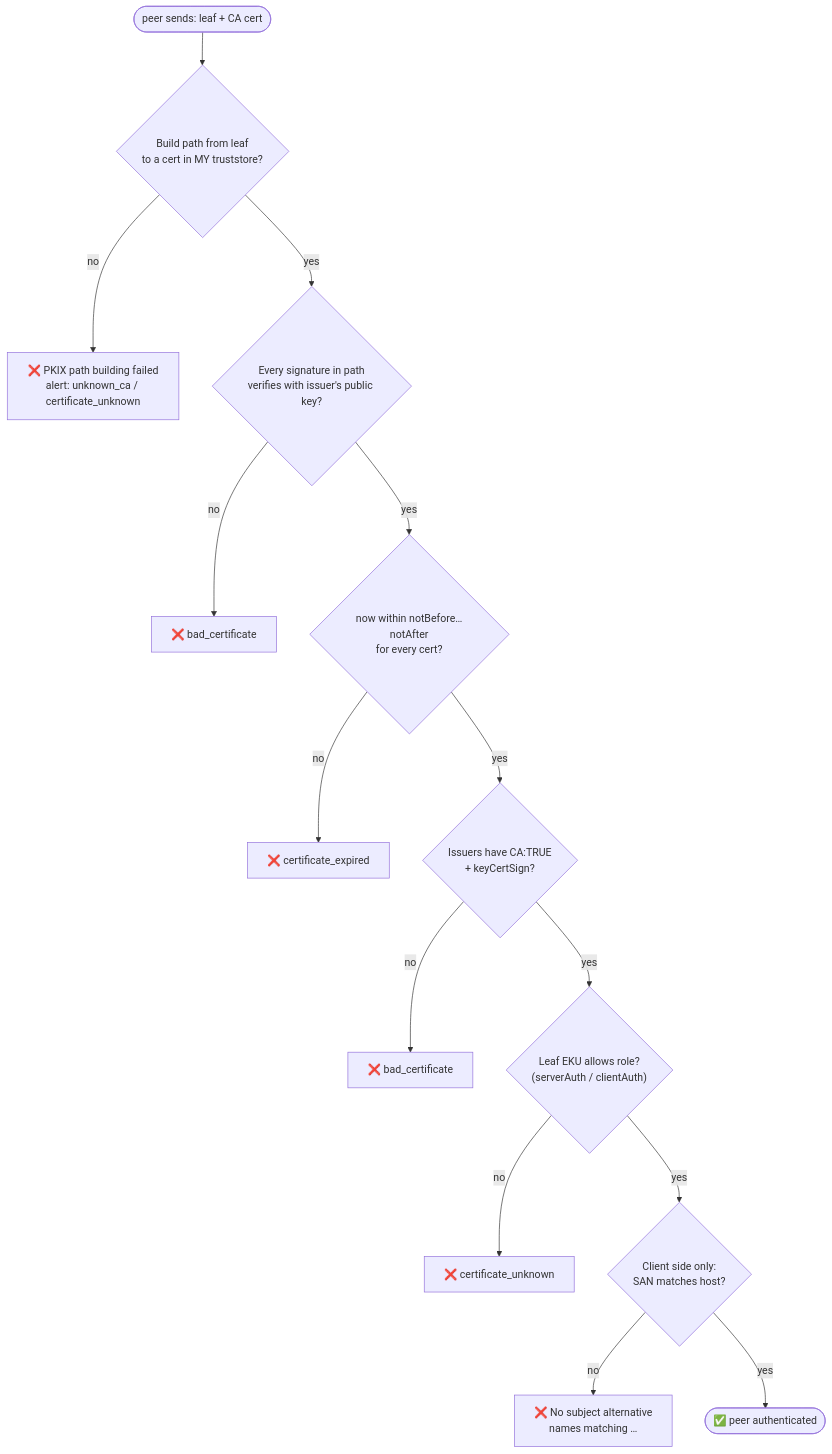
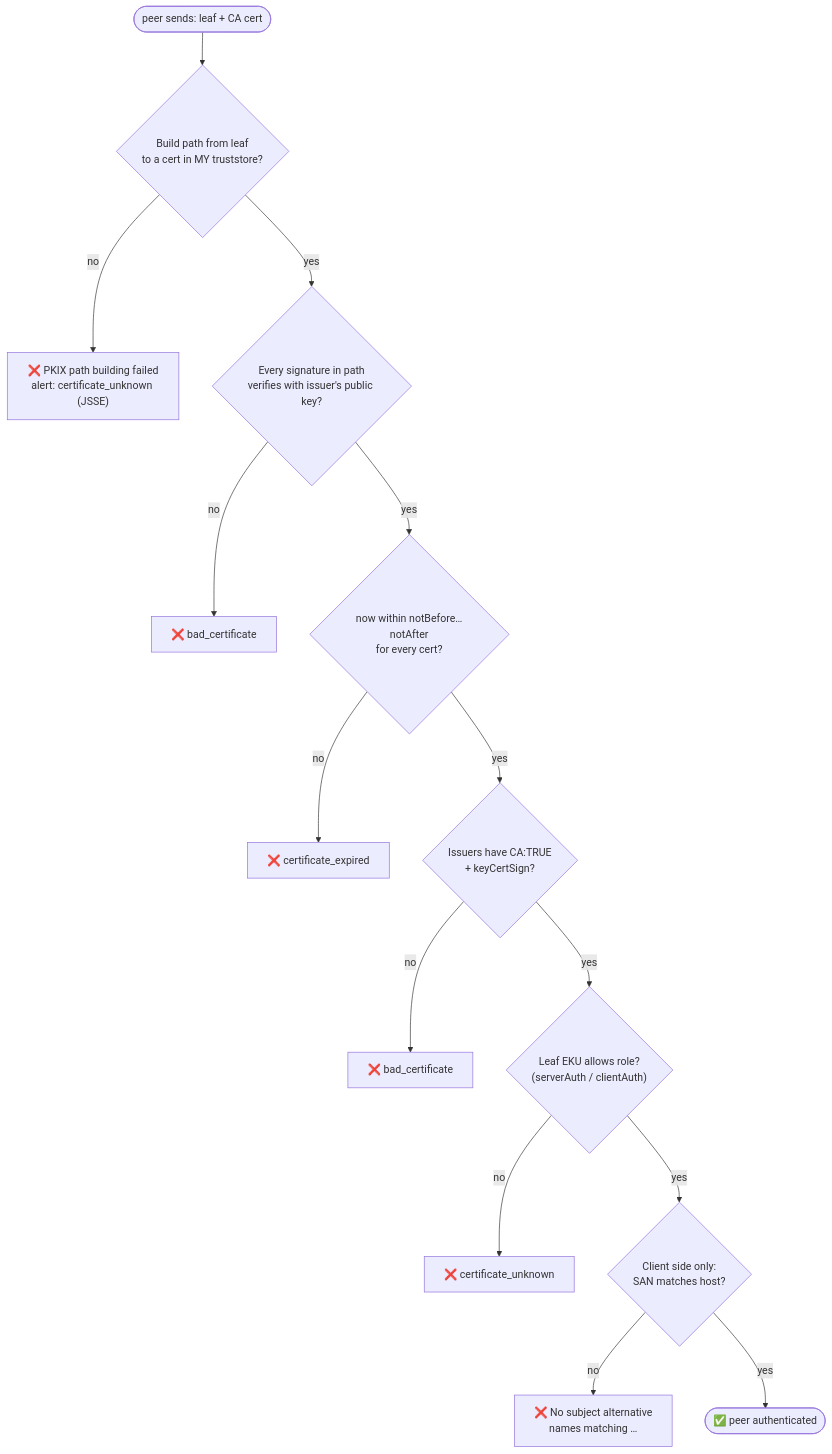
Before and after one commit to himnay/learning-mtls: diagram 12 of 23 in README.md, drawn with Mermaid. The commit also changed other lines of this file and 2 other files, not shown here.

````diff
--- a/README.md
+++ b/README.md
@@ -480,16 +505,16 @@
 ```mermaid
 flowchart TB
     START(["peer sends: leaf + CA cert"]) --> BUILD{"Build path from leaf<br/>to a cert in MY truststore?"}
-    BUILD -- "no" --> F1["❌ PKIX path building failed<br/>alert: unknown_ca / certificate_unknown"]
+    BUILD -- "no" --> F1["❌ PKIX path building failed<br/>alert: certificate_unknown (JSSE)"]
     BUILD -- "yes" --> SIG{"Every signature in path<br/>verifies with issuer's public key?"}
     SIG -- "no" --> F2["❌ bad_certificate"]
     SIG -- "yes" --> DATE{"now within notBefore…notAfter<br/>for every cert?"}
     DATE -- "no" --> F3["❌ certificate_expired"]
     DATE -- "yes" --> BC{"Issuers have CA:TRUE<br/>+ keyCertSign?"}
     BC -- "no" --> F4["❌ bad_certificate"]
     BC -- "yes" --> EKU{"Leaf EKU allows role?<br/>(serverAuth / clientAuth)"}
     EKU -- "no" --> F5["❌ certificate_unknown"]
     EKU -- "yes" --> HOST{"Client side only:<br/>SAN matches host?"}
     HOST -- "no" --> F6["❌ No subject alternative<br/>names matching …"]
     HOST -- "yes" --> OK(["✅ peer authenticated"])
 ```
````
